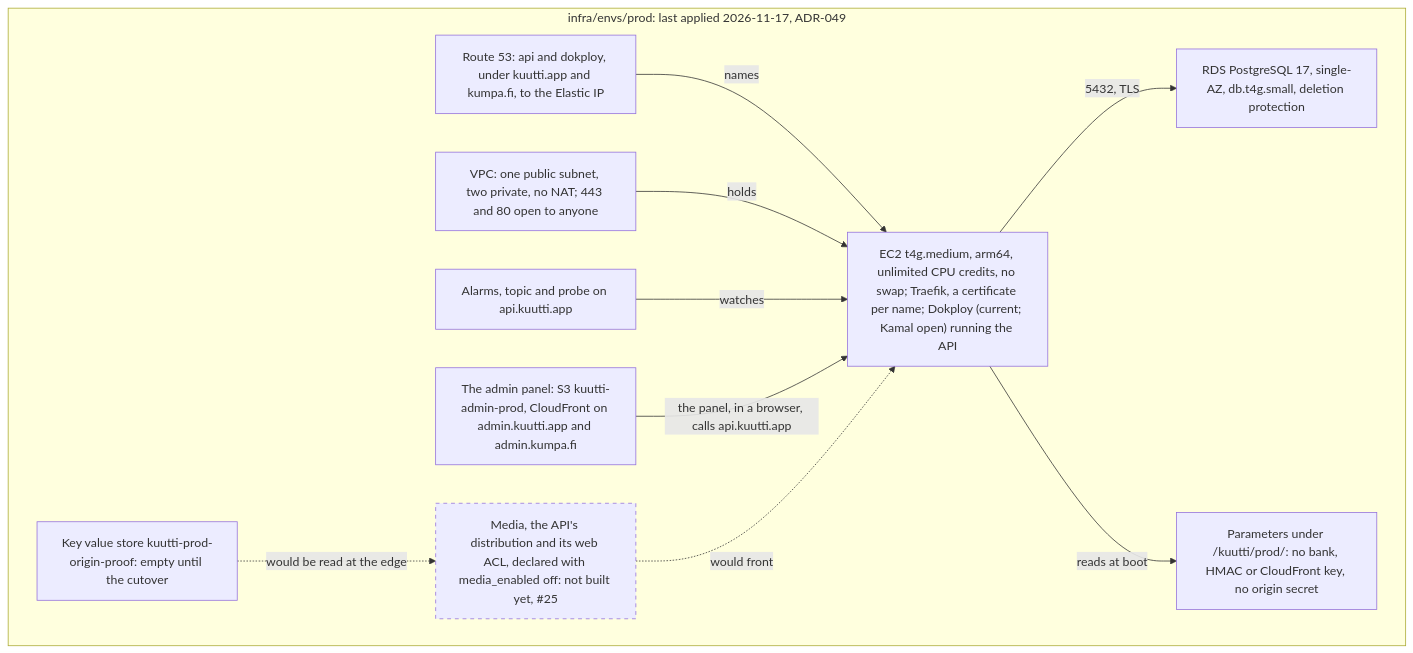
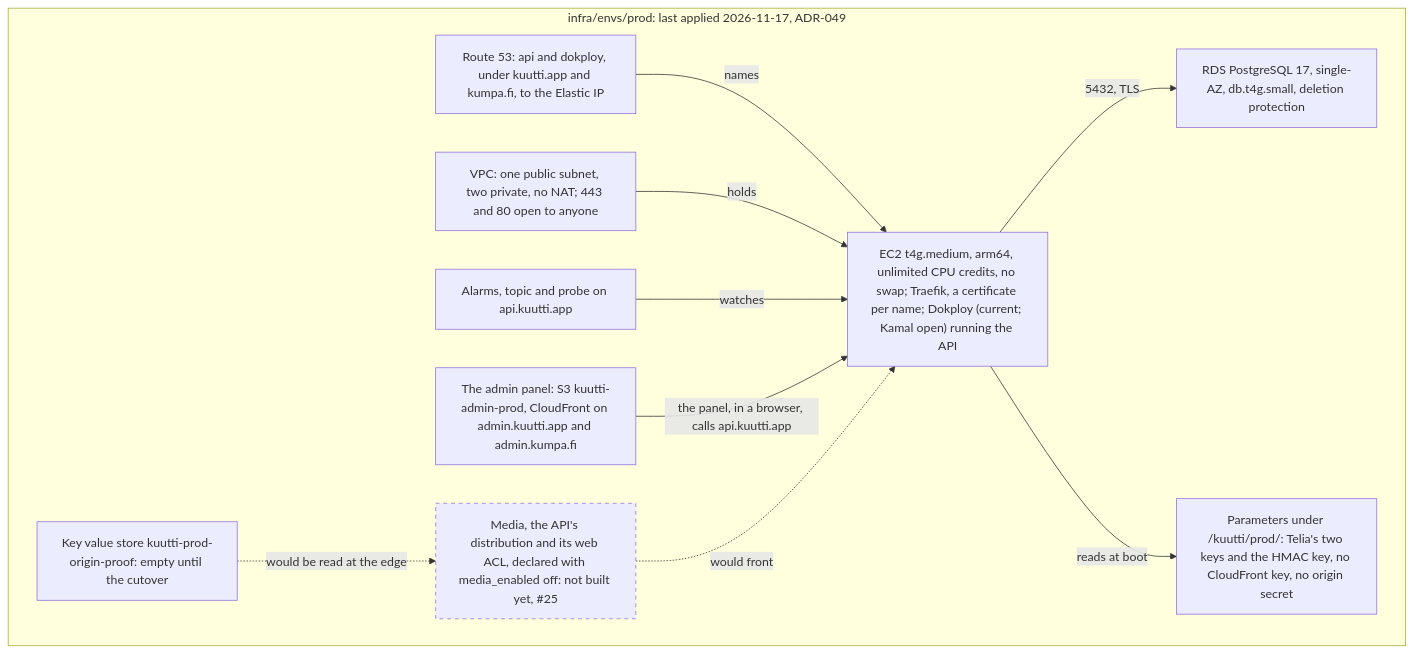
Before and after one commit to kuutti-ry/kumpa-app: the fourth of 5 diagrams in docs/architecture/deployment.md, drawn with Mermaid. The commit also changed other lines of this file and 10 other files, not shown here.

````diff
--- a/docs/architecture/deployment.md
+++ b/docs/architecture/deployment.md
@@ -215,25 +215,25 @@
 ```mermaid
 flowchart TB
   accTitle: Deployment, part 5: production
   accDescr: infra/envs/prod, applied before the first release from rehearsal tags, the last on 2026-11-17, composes the same network, box, database, alarms and parameters as staging, with a larger box, a larger database class and deletion protection. api and dokploy, under kuutti.app and kumpa.fi, point at the box's Elastic IP, where Traefik holds a certificate for each name and Dokploy runs one application, the API, pinned to an attested commit and with bank identification off. The admin panel has its own bucket and distribution on admin.kuutti.app and admin.kumpa.fi, and calls the API. The store of the origin proof exists and is empty; the media module, with the API's distribution and its web ACL, is declared switched off.
   subgraph prodenv["infra/envs/prod: last applied 2026-11-17, ADR-049"]
     n49["Route 53: api and dokploy, under kuutti.app and kumpa.fi, to the Elastic IP"]
     n50["VPC: one public subnet, two private, no NAT; 443 and 80 open to anyone"]
     n51["EC2 t4g.medium, arm64, unlimited CPU credits, no swap; Traefik, a certificate per name; Dokploy (current; Kamal open) running the API"]
     n52["RDS PostgreSQL 17, single-AZ, db.t4g.small, deletion protection"]
-    n53["Parameters under /kuutti/prod/: no bank, HMAC or CloudFront key, no origin secret"]
+    n53["Parameters under /kuutti/prod/: Telia's two keys and the HMAC key, no CloudFront key, no origin secret"]
     n54["Alarms, topic and probe on api.kuutti.app"]
     n56["The admin panel: S3 kuutti-admin-prod, CloudFront on admin.kuutti.app and admin.kumpa.fi"]
     n70["Key value store kuutti-prod-origin-proof: empty until the cutover"]
     n55["Media, the API's distribution and its web ACL, declared with media_enabled off: not built yet, #25"]:::notbuilt
   end
   n49 -->|"names"| n51
   n50 -->|"holds"| n51
   n51 -->|"5432, TLS"| n52
   n51 -->|"reads at boot"| n53
   n54 -->|"watches"| n51
   n56 -->|"the panel, in a browser, calls api.kuutti.app"| n51
   n70 -.->|"would be read at the edge"| n55
   n55 -.->|"would front"| n51
   classDef notbuilt stroke-dasharray: 5 5
 ```
````
